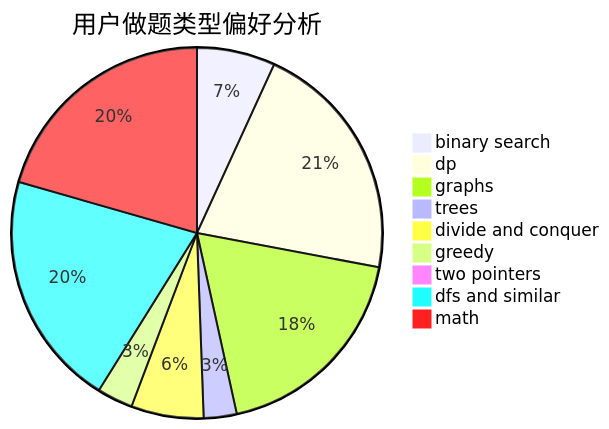
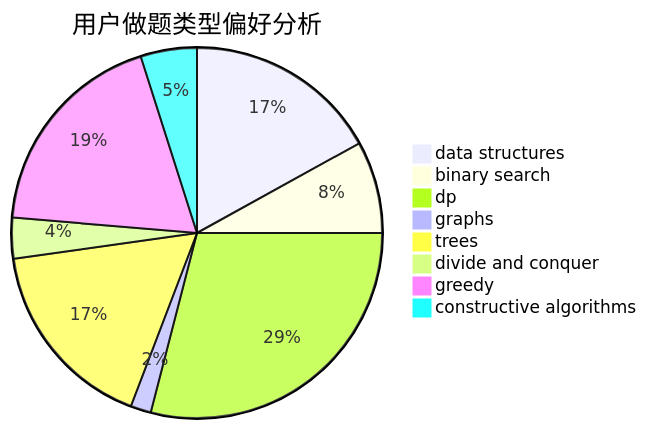
The second of 3 diagrams in docs/user/u1862.md (sherpahu/cfrs.github.io), drawn with Mermaid before and after one commit. The commit also changed other lines of this file and 2775 other files, not shown here.

````diff
--- a/docs/user/u1862.md
+++ b/docs/user/u1862.md
@@ -23,12 +23,11 @@
 ```mermaid
 pie title 用户做题类型偏好分析
-    "binary search" :  107
-    "dp" :  331
-    "graphs" :  291
-    "trees" :  45
-    "divide and conquer" :  99
-    "greedy" :  49
-    "two pointers" :  13
-    "dfs and similar" :  322
-    "math" :  322
+    "data structures" :  38
+    "binary search" :  18
+    "dp" :  65
+    "graphs" :  4
+    "trees" :  38
+    "divide and conquer" :  8
+    "greedy" :  42
+    "constructive algorithms" :  11
 ```
````
